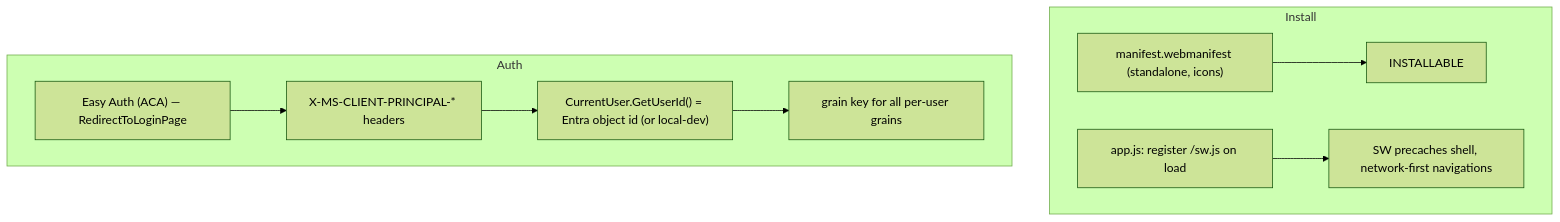
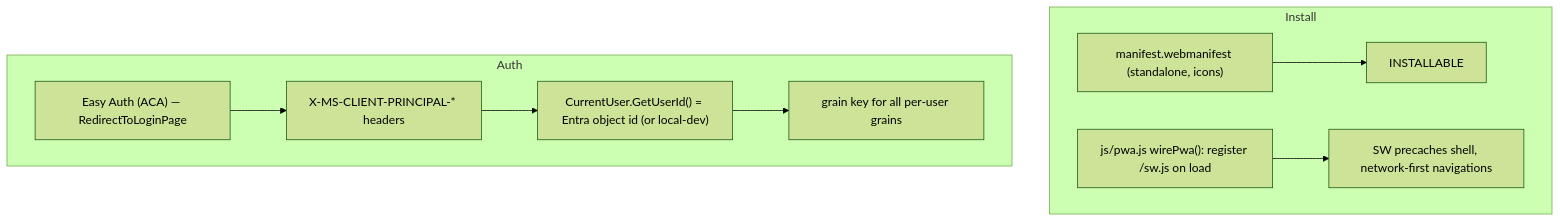
Before and after one commit to Expecho/Agent42: the diagram in docs/features/pwa-and-sign-in.md, drawn with Mermaid (forest theme). The commit also changed other lines of this file and 21 other files, not shown here.

````diff
--- a/docs/features/pwa-and-sign-in.md
+++ b/docs/features/pwa-and-sign-in.md
@@ -19,12 +19,12 @@
 ```mermaid
 flowchart TD
     subgraph Install
       MAN["manifest.webmanifest (standalone, icons)"] --> INSTALLABLE
-      APP["app.js: register /sw.js on load"] --> SW["SW precaches shell, network-first navigations"]
+      APP["js/pwa.js wirePwa(): register /sw.js on load"] --> SW["SW precaches shell, network-first navigations"]
     end
     subgraph Auth
       EASY["Easy Auth (ACA) — RedirectToLoginPage"] --> HDR["X-MS-CLIENT-PRINCIPAL-* headers"]
       HDR --> UID["CurrentUser.GetUserId() = Entra object id (or local-dev)"]
       UID --> GRAINS["grain key for all per-user grains"]
     end
 ```
````
